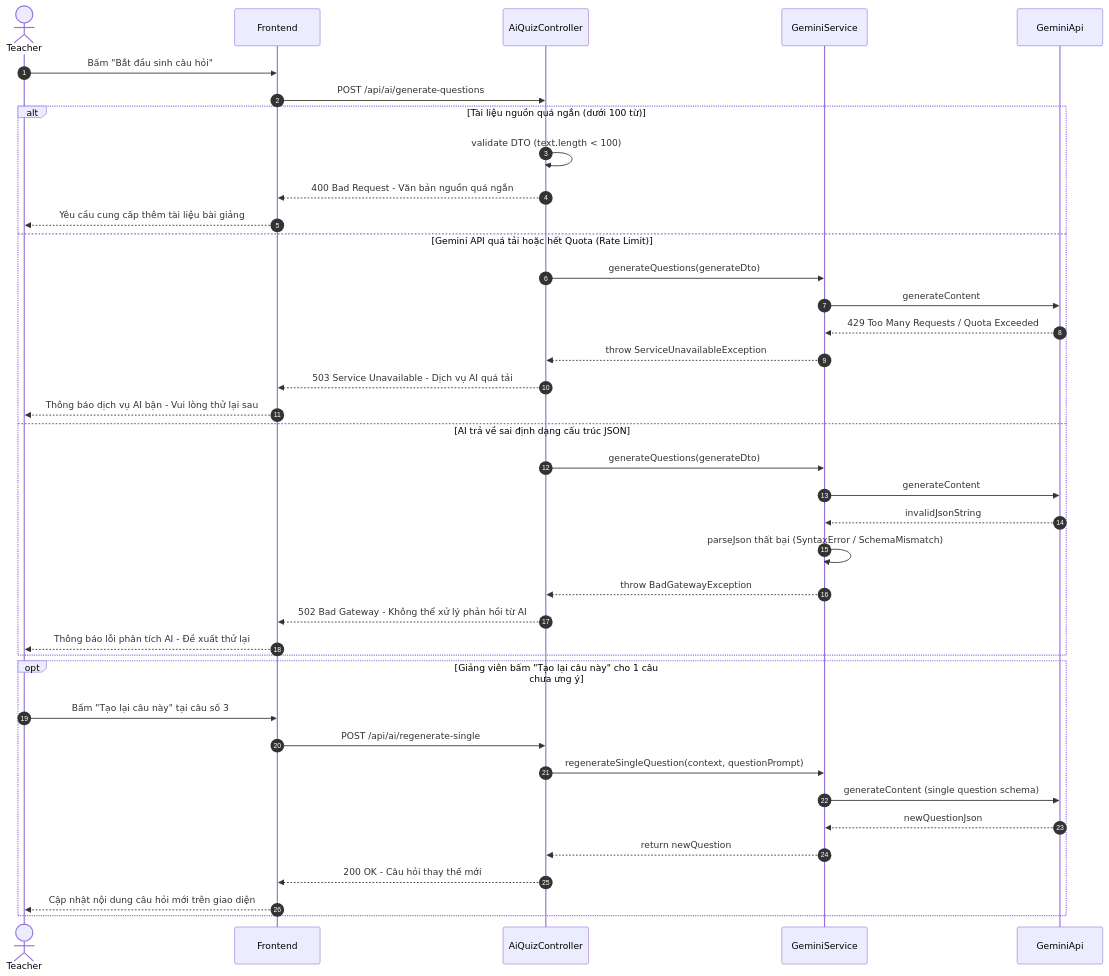
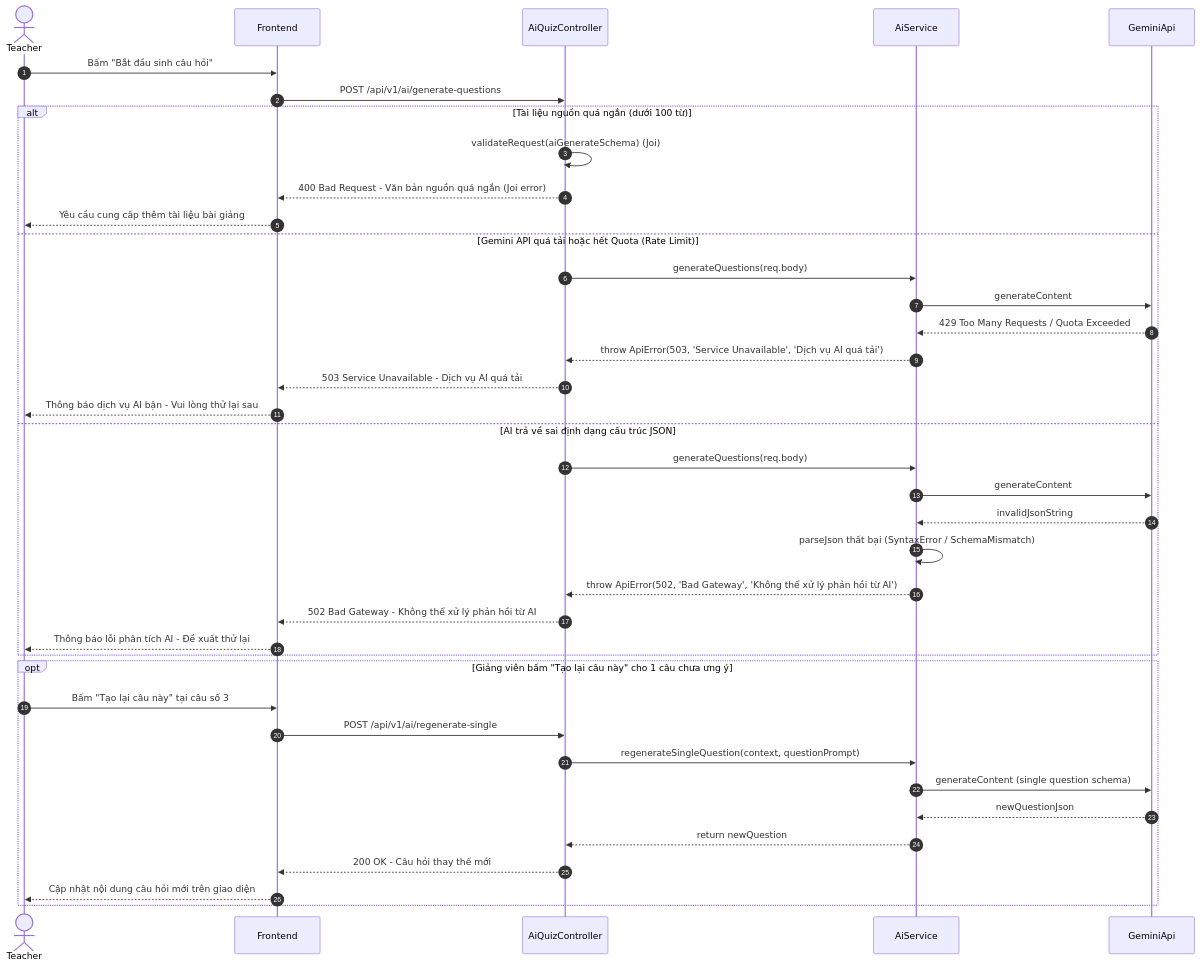
Before and after one commit to dunghvd79/eduverse: the second of 2 diagrams in docs/sequences/seq-ai-001.md, drawn with Mermaid. The commit also changed other lines of this file and 11 other files, not shown here.

Commit message:
docs: synchronize sequence diagrams and API conventions to Express.js and Sequelize

````diff
--- a/docs/sequences/seq-ai-001.md
+++ b/docs/sequences/seq-ai-001.md
@@ -50,44 +51,44 @@
 ```mermaid
 sequenceDiagram
     autonumber
     actor Teacher as Teacher
     participant FE as Frontend
     participant CTRL as AiQuizController
-    participant SVC as GeminiService
+    participant SVC as AiService
     participant EXT as GeminiApi
 
     Teacher->>FE: Bấm "Bắt đầu sinh câu hỏi"
-    FE->>CTRL: POST /api/ai/generate-questions
+    FE->>CTRL: POST /api/v1/ai/generate-questions
 
     alt Tài liệu nguồn quá ngắn (dưới 100 từ)
-        CTRL->>CTRL: validate DTO (text.length < 100)
-        CTRL-->>FE: 400 Bad Request - Văn bản nguồn quá ngắn
+        CTRL->>CTRL: validateRequest(aiGenerateSchema) (Joi)
+        CTRL-->>FE: 400 Bad Request - Văn bản nguồn quá ngắn (Joi error)
         FE-->>Teacher: Yêu cầu cung cấp thêm tài liệu bài giảng
     else Gemini API quá tải hoặc hết Quota (Rate Limit)
-        CTRL->>SVC: generateQuestions(generateDto)
+        CTRL->>SVC: generateQuestions(req.body)
         SVC->>EXT: generateContent
         EXT-->>SVC: 429 Too Many Requests / Quota Exceeded
-        SVC-->>CTRL: throw ServiceUnavailableException
+        SVC-->>CTRL: throw ApiError(503, 'Service Unavailable', 'Dịch vụ AI quá tải')
         CTRL-->>FE: 503 Service Unavailable - Dịch vụ AI quá tải
         FE-->>Teacher: Thông báo dịch vụ AI bận - Vui lòng thử lại sau
     else AI trả về sai định dạng cấu trúc JSON
-        CTRL->>SVC: generateQuestions(generateDto)
+        CTRL->>SVC: generateQuestions(req.body)
         SVC->>EXT: generateContent
         EXT-->>SVC: invalidJsonString
         SVC->>SVC: parseJson thất bại (SyntaxError / SchemaMismatch)
-        SVC-->>CTRL: throw BadGatewayException
+        SVC-->>CTRL: throw ApiError(502, 'Bad Gateway', 'Không thể xử lý phản hồi từ AI')
         CTRL-->>FE: 502 Bad Gateway - Không thể xử lý phản hồi từ AI
         FE-->>Teacher: Thông báo lỗi phân tích AI - Đề xuất thử lại
     end
 
     opt Giảng viên bấm "Tạo lại câu này" cho 1 câu chưa ưng ý
         Teacher->>FE: Bấm "Tạo lại câu này" tại câu số 3
-        FE->>CTRL: POST /api/ai/regenerate-single
+        FE->>CTRL: POST /api/v1/ai/regenerate-single
         CTRL->>SVC: regenerateSingleQuestion(context, questionPrompt)
         SVC->>EXT: generateContent (single question schema)
         EXT-->>SVC: newQuestionJson
         SVC-->>CTRL: return newQuestion
         CTRL-->>FE: 200 OK - Câu hỏi thay thế mới
         FE-->>Teacher: Cập nhật nội dung câu hỏi mới trên giao diện
     end
 ```
````
